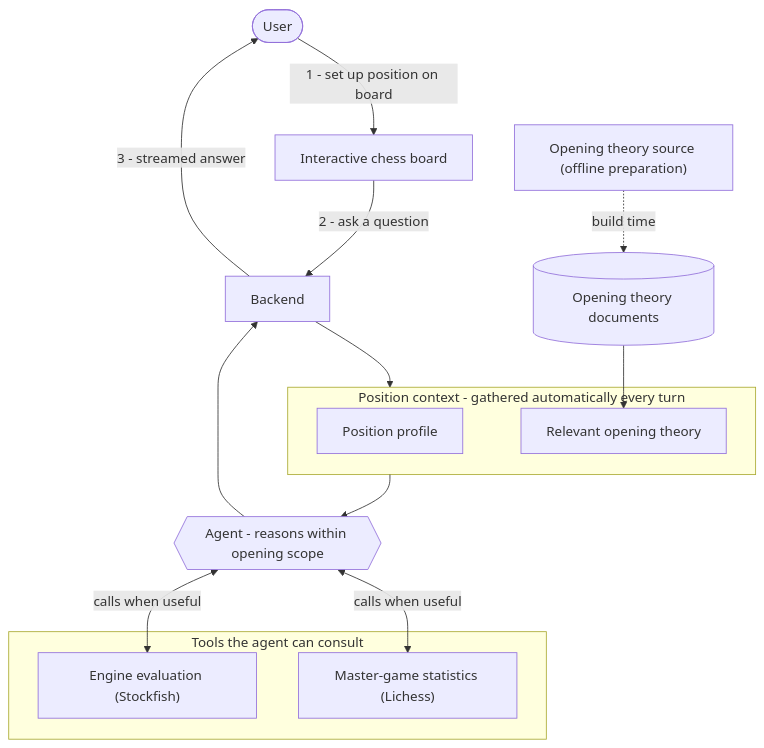
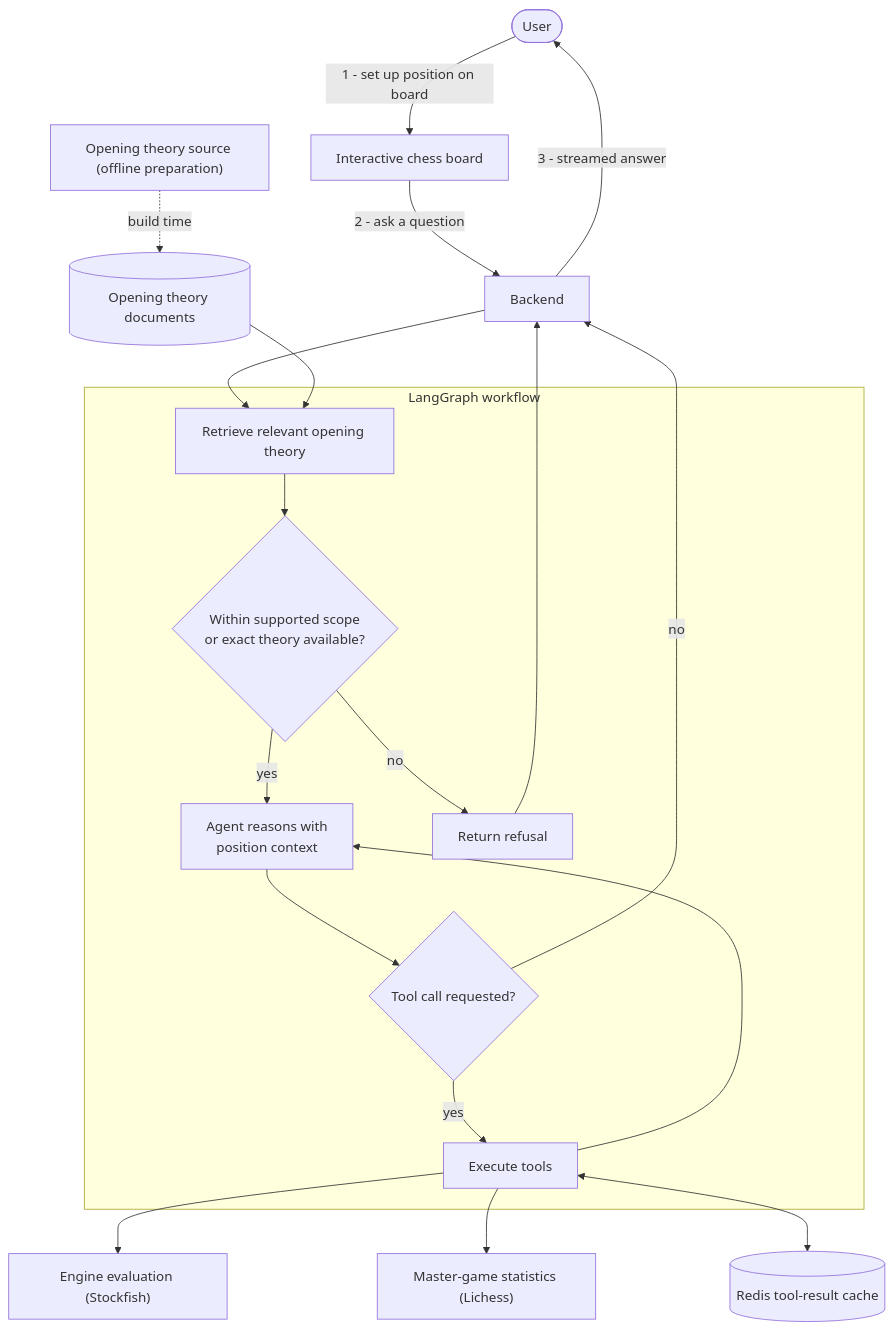
One commit to ktylus/chess_opening_assistant changed the diagram in README.md. Above: the diagram before and after it, drawn with Mermaid. The commit also changed other lines of this file, not shown here.

Commit message:
docs: update README to reflect changes

````diff
--- a/README.md
+++ b/README.md
@@ -34,30 +34,35 @@
 ```mermaid
 flowchart TD
     User([User])
     User -->|"1 - set up position on board"| Board["Interactive chess board"]
     Board -->|"2 - ask a question"| API["Backend"]
 
-    API --> Prep
+    API --> Retrieval
 
-    subgraph Prep["Position context - gathered automatically every turn"]
-        Profile["Position profile"]
-        Retrieval["Relevant opening theory"]
+    subgraph Workflow["LangGraph workflow"]
+        Retrieval["Retrieve relevant opening theory"]
+        Scope{"Within supported scope<br/>or exact theory available?"}
+        Agent["Agent reasons with<br/>position context"]
+        ToolCall{"Tool call requested?"}
+        Tools["Execute tools"]
+        Refuse["Return refusal"]
+
+        Retrieval --> Scope
+        Scope -->|"yes"| Agent
+        Scope -->|"no"| Refuse
+        Agent --> ToolCall
+        ToolCall -->|"yes"| Tools
+        Tools --> Agent
     end
 
     Docs[("Opening theory documents")] --> Retrieval
+    Tools --> Stockfish["Engine evaluation (Stockfish)"]
+    Tools --> Lichess["Master-game statistics (Lichess)"]
+    Tools <--> Cache[("Redis tool-result cache")]
 
-    Prep --> Agent{{"Agent - reasons within opening scope"}}
-
-    subgraph Tools["Tools the agent can consult"]
-        Stockfish["Engine evaluation (Stockfish)"]
-        Lichess["Master-game statistics (Lichess)"]
-    end
-
-    Agent <-->|"calls when useful"| Stockfish
-    Agent <-->|"calls when useful"| Lichess
-
-    Agent --> API
+    ToolCall -->|"no"| API
+    Refuse --> API
     API -->|"3 - streamed answer"| User
 
     Wiki["Opening theory source (offline preparation)"] -.->|build time| Docs
 ```
````
